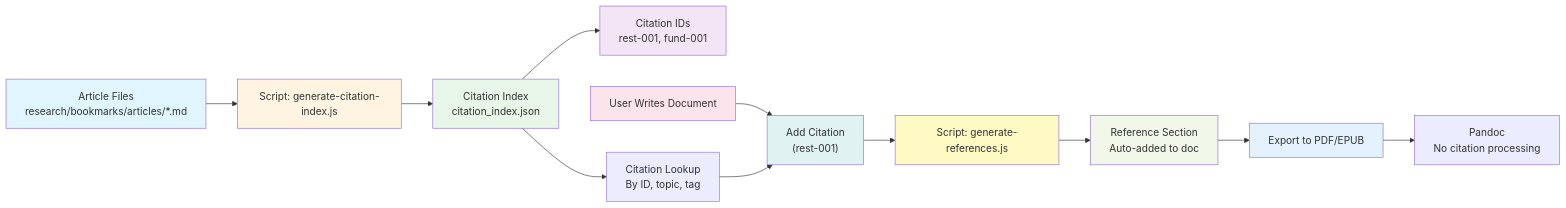
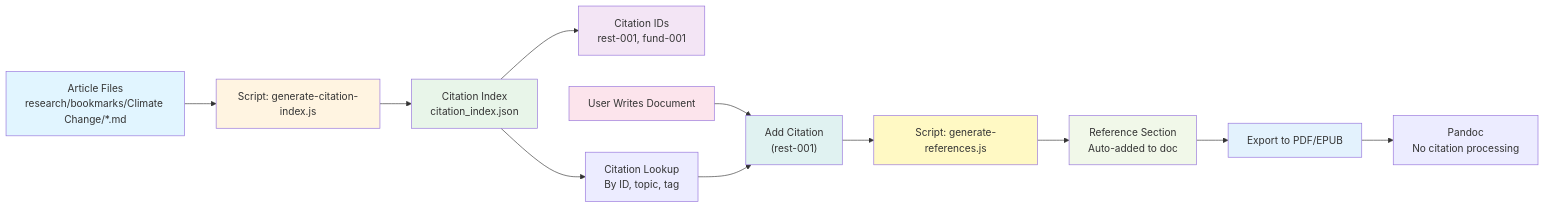
The second of 16 diagrams in research/CITATION_SYSTEM_ARCHITECTURE.md (presiannedyalkov/eco-balance-documentation), drawn with Mermaid before and after one commit. The commit also changed other lines of this file and 41 other files, not shown here.

````diff
--- a/research/CITATION_SYSTEM_ARCHITECTURE.md
+++ b/research/CITATION_SYSTEM_ARCHITECTURE.md
@@ -106,26 +106,26 @@
 ```mermaid
 flowchart LR
-    A[Article Files<br/>research/bookmarks/articles/*.md] --> B[Script: generate-citation-index.js]
+    A[Article Files<br/>research/bookmarks/Climate Change/*.md] --> B[Script: generate-citation-index.js]
     B --> C[Citation Index<br/>citation_index.json]
     C --> D[Citation IDs<br/>rest-001, fund-001]
     
     E[User Writes Document] --> F["Add Citation<br/>(rest-001)"]
     F --> G[Script: generate-references.js]
     G --> H[Reference Section<br/>Auto-added to doc]
     
     C --> I[Citation Lookup<br/>By ID, topic, tag]
     I --> F
     
     J[Export to PDF/EPUB] --> K[Pandoc<br/>No citation processing]
     H --> J
     
     style A fill:#e1f5ff
     style B fill:#fff4e1
     style C fill:#e8f5e9
     style D fill:#f3e5f5
     style E fill:#fce4ec
     style F fill:#e0f2f1
     style G fill:#fff9c4
     style H fill:#f1f8e9
     style J fill:#e3f2fd
 ```
````
